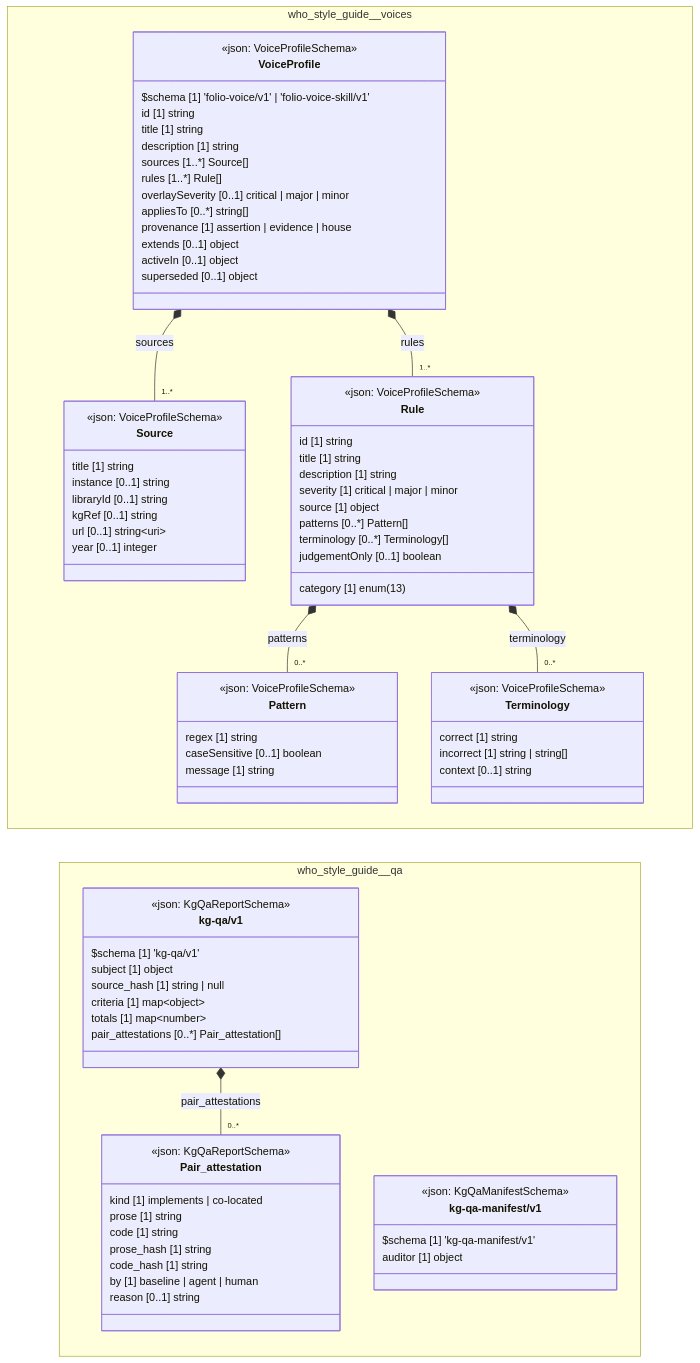
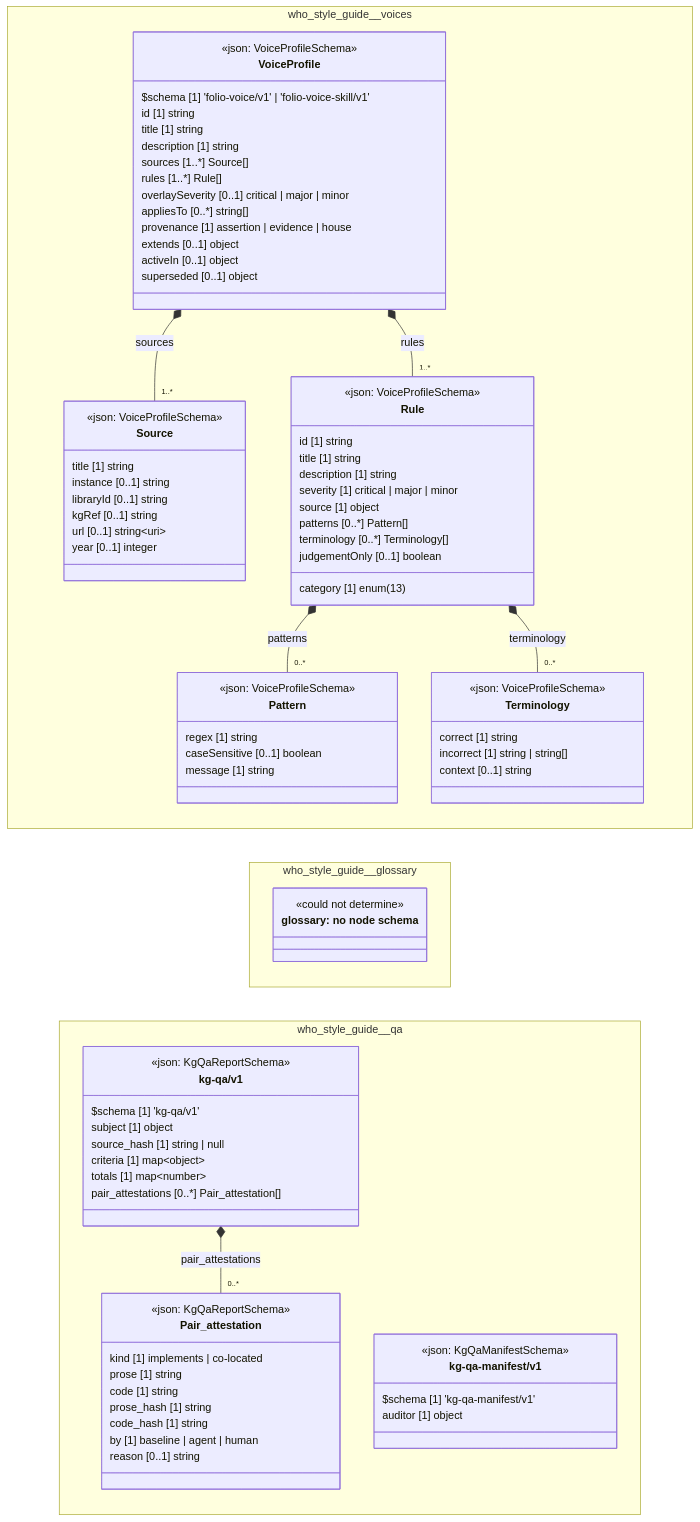
The diagram in cat-harness/docs/uml/overview/who-style-guide.md (litlfred/folio-assistant), drawn with Mermaid before and after one commit. The commit also changed other lines of this file and 35 other files, not shown here.

First line of the commit message:
Regenerate derived artefacts for the who-style-guide glossary

```diff
--- a/cat-harness/docs/uml/overview/who-style-guide.md
+++ b/cat-harness/docs/uml/overview/who-style-guide.md
@@ -94,6 +96,11 @@
       superseded [0..1] object
     }
   }
+  namespace who_style_guide__glossary {
+    class n_who_style_guide_glossary_glossary["glossary: no node schema"] {
+      <<could not determine>>
+    }
+  }
   namespace who_style_guide__qa {
     class who_style_guide_qa_kg_qa_v1_Pair_attestation["Pair_attestation"] {
       <<json: KgQaReportSchema>>
@@ -129,6 +136,8 @@
   cssClass "who_style_guide_voices_Terminology" fa_uml_kind_voices
   cssClass "who_style_guide_voices_Rule" fa_uml_kind_voices
   cssClass "who_style_guide_voices_VoiceProfile" fa_uml_kind_voices
+  cssClass "n_who_style_guide_glossary_glossary" fa_uml_kind_glossary
+  cssClass "n_who_style_guide_glossary_glossary" fa_uml_undetermined
   who_style_guide_qa_kg_qa_v1_kg_qa_v1 *-- "0..*" who_style_guide_qa_kg_qa_v1_Pair_attestation : pair_attestations
   cssClass "who_style_guide_qa_kg_qa_v1_Pair_attestation" fa_uml_kind_qa
   cssClass "who_style_guide_qa_kg_qa_v1_kg_qa_v1" fa_uml_kind_qa
```
